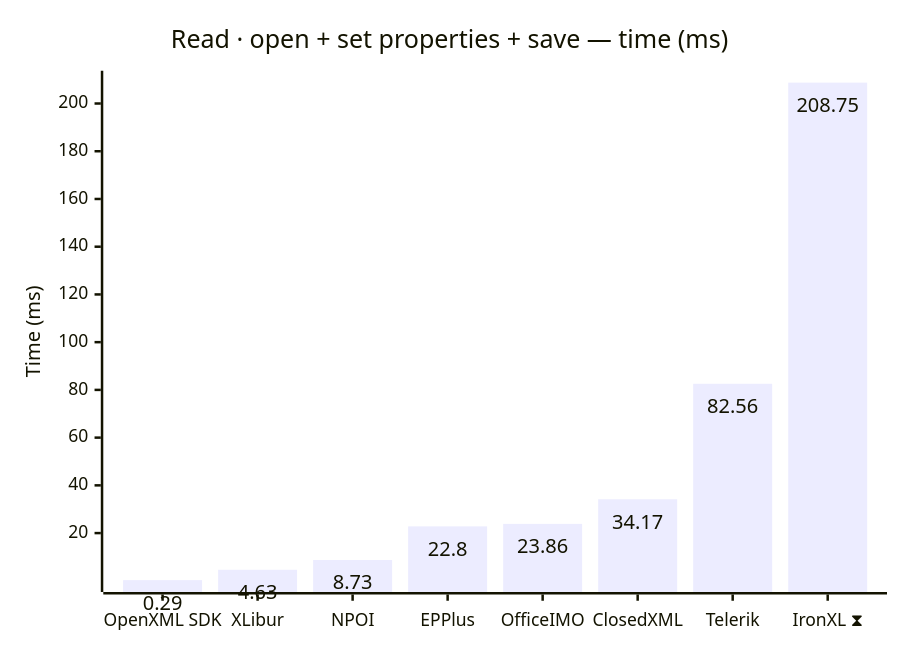
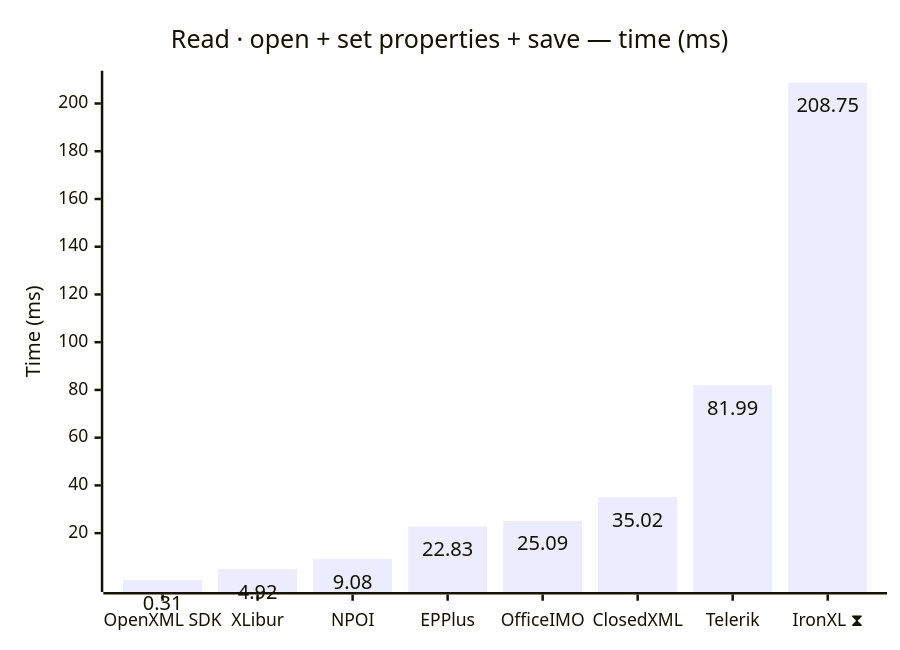
Before and after one commit to jafin/XLBench: the first of 18 diagrams in docs/results.md, drawn with Mermaid. The commit also changed other lines of this file and 2 other files, not shown here.

````diff
--- a/docs/results.md
+++ b/docs/results.md
@@ -42,12 +42,12 @@
 ```mermaid
 ---
 config:
   xyChart:
     showDataLabel: true
 ---
 xychart-beta
     title "Read · open + set properties + save — time (ms)"
     x-axis ["OpenXML SDK", "XLibur", "NPOI", "EPPlus", "OfficeIMO", "ClosedXML", "Telerik", "IronXL ⧗"]
     y-axis "Time (ms)"
-    bar [0.29, 4.63, 8.73, 22.8, 23.86, 34.17, 82.56, 208.75]
+    bar [0.31, 4.92, 9.08, 22.83, 25.09, 35.02, 81.99, 208.75]
 ```
````
